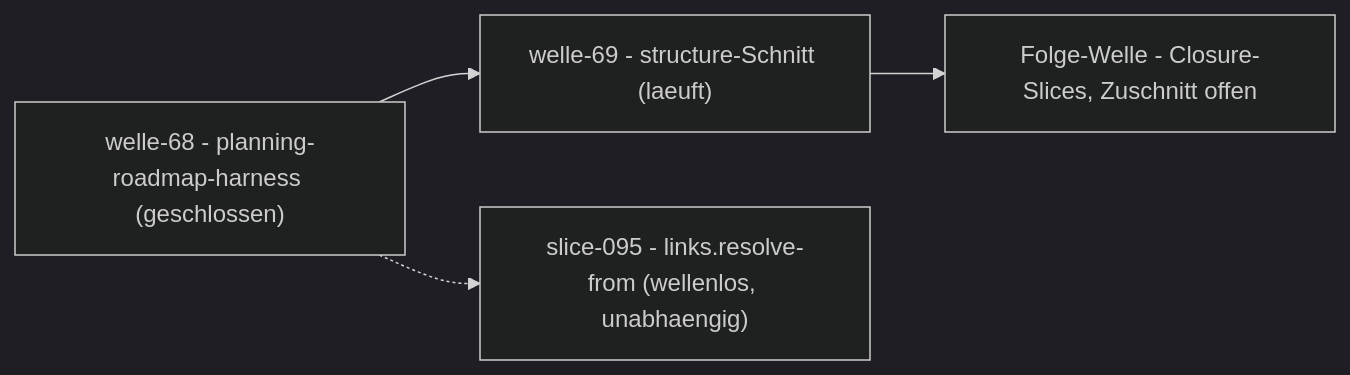
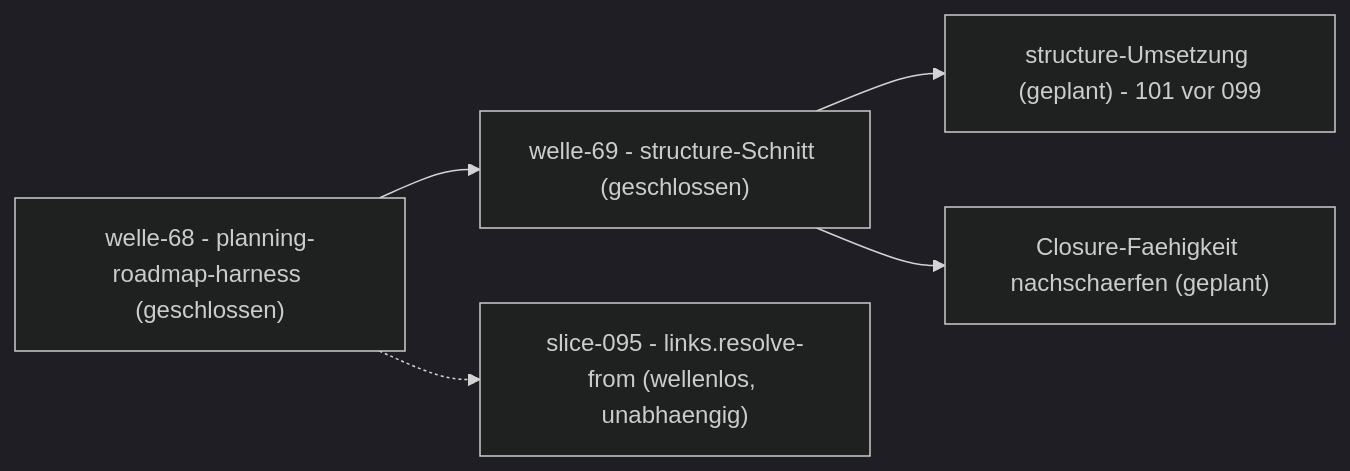
One commit to pt9912/d-check changed the diagram in docs/plan/planning/in-progress/roadmap.md. Above: the diagram before and after it, drawn with Mermaid (dark theme). The commit also changed other lines of this file and 6 other files, not shown here.

````diff
--- a/docs/plan/planning/in-progress/roadmap.md
+++ b/docs/plan/planning/in-progress/roadmap.md
@@ -50,10 +50,12 @@
 ```mermaid
 flowchart LR
     W68["welle-68 - planning-roadmap-harness (geschlossen)"]
-    W69["welle-69 - structure-Schnitt (laeuft)"]
-    WF["Folge-Welle - Closure-Slices, Zuschnitt offen"]
+    W69["welle-69 - structure-Schnitt (geschlossen)"]
+    WU["structure-Umsetzung (geplant) - 101 vor 099"]
+    WC["Closure-Faehigkeit nachschaerfen (geplant)"]
     S95["slice-095 - links.resolve-from (wellenlos, unabhaengig)"]
     W68 --> W69
-    W69 --> WF
+    W69 --> WU
+    W69 --> WC
     W68 -.-> S95
 ```
````
